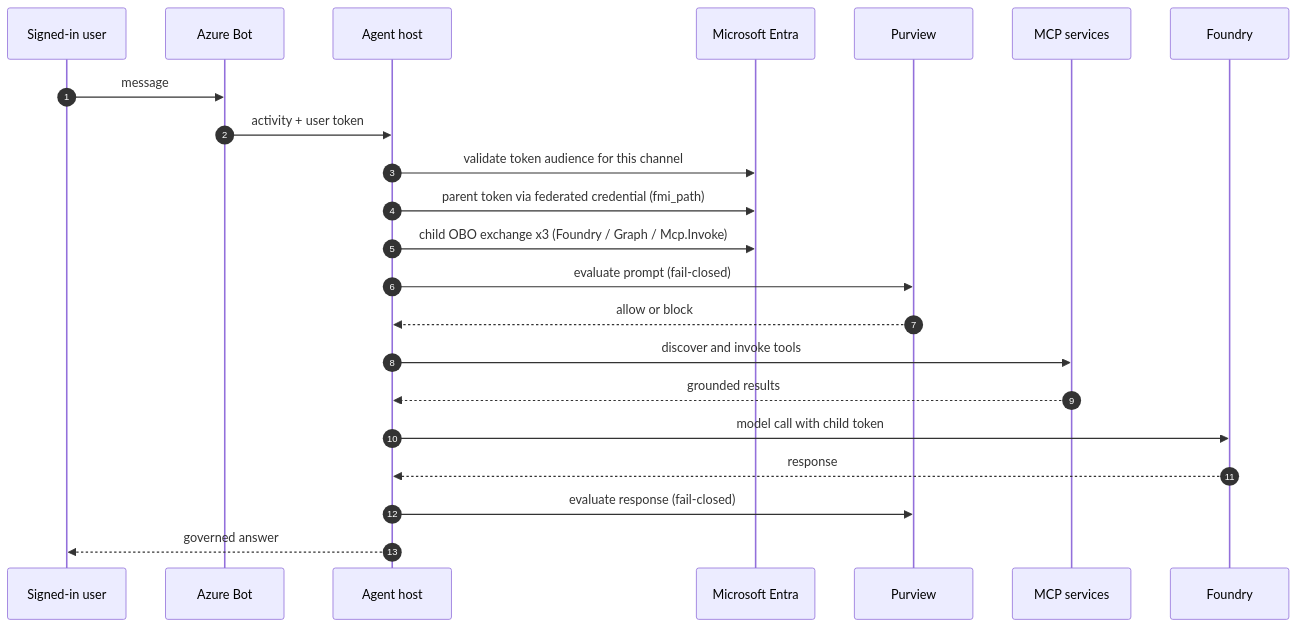
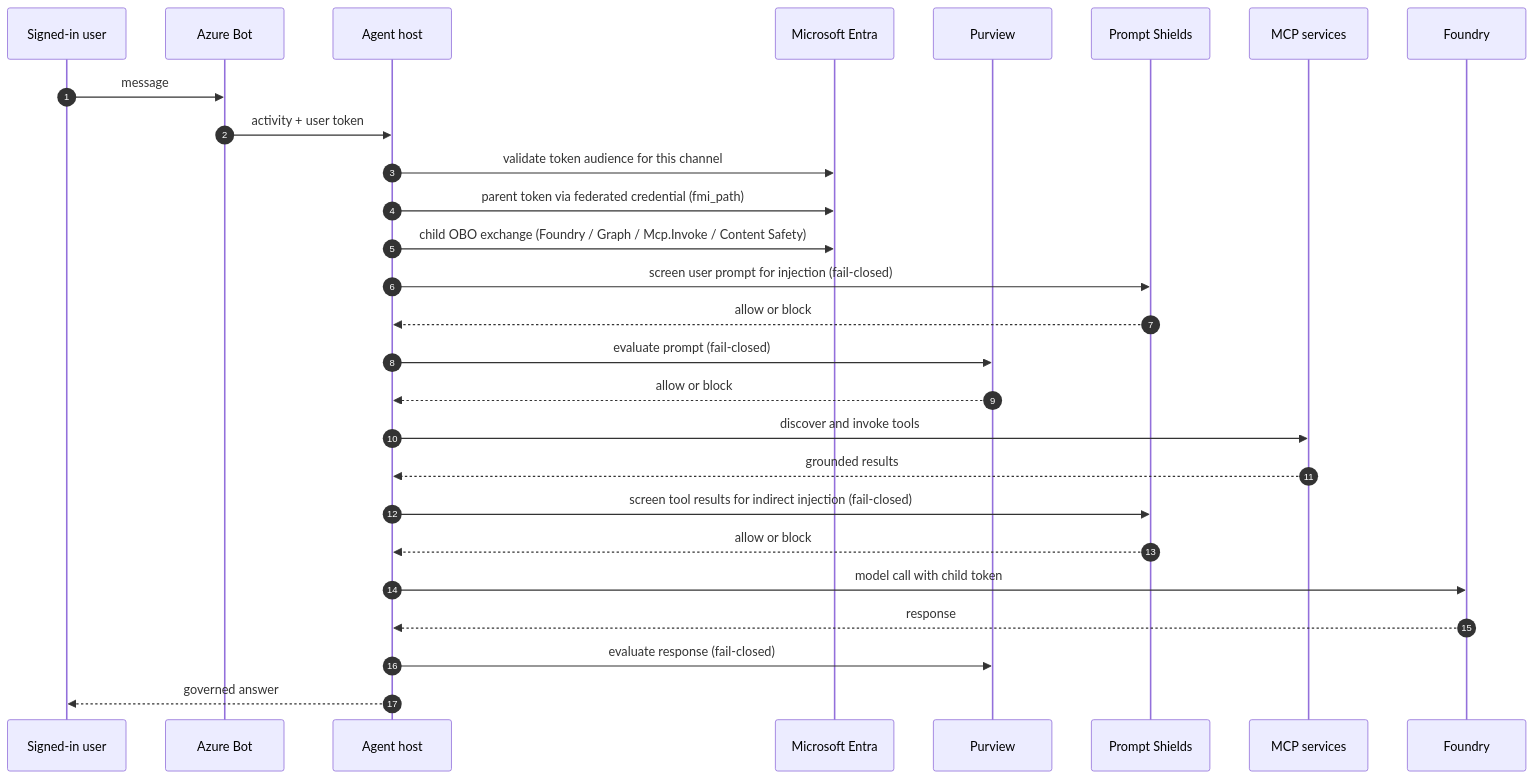
The second of 3 diagrams in japan-tourist-agent/README.md (patrick-shim/a365-custom-agents), drawn with Mermaid before and after one commit. The commit also changed other lines of this file and 11 other files, not shown here.

First line of the commit message:
Document Prompt Shields across the remaining operator and agent docs

````diff
--- a/japan-tourist-agent/README.md
+++ b/japan-tourist-agent/README.md
@@ -93,25 +96,30 @@
 ```mermaid
 sequenceDiagram
   autonumber
   participant U as Signed-in user
   participant B as Azure Bot
   participant H as Agent host
   participant E as Microsoft Entra
   participant P as Purview
+  participant S as Prompt Shields
   participant M as MCP services
   participant F as Foundry
 
   U->>B: message
   B->>H: activity + user token
   H->>E: validate token audience for this channel
   H->>E: parent token via federated credential (fmi_path)
-  H->>E: child OBO exchange x3 (Foundry / Graph / Mcp.Invoke)
+  H->>E: child OBO exchange (Foundry / Graph / Mcp.Invoke / Content Safety)
+  H->>S: screen user prompt for injection (fail-closed)
+  S-->>H: allow or block
   H->>P: evaluate prompt (fail-closed)
   P-->>H: allow or block
   H->>M: discover and invoke tools
   M-->>H: grounded results
+  H->>S: screen tool results for indirect injection (fail-closed)
+  S-->>H: allow or block
   H->>F: model call with child token
   F-->>H: response
   H->>P: evaluate response (fail-closed)
   H-->>U: governed answer
 ```
````
